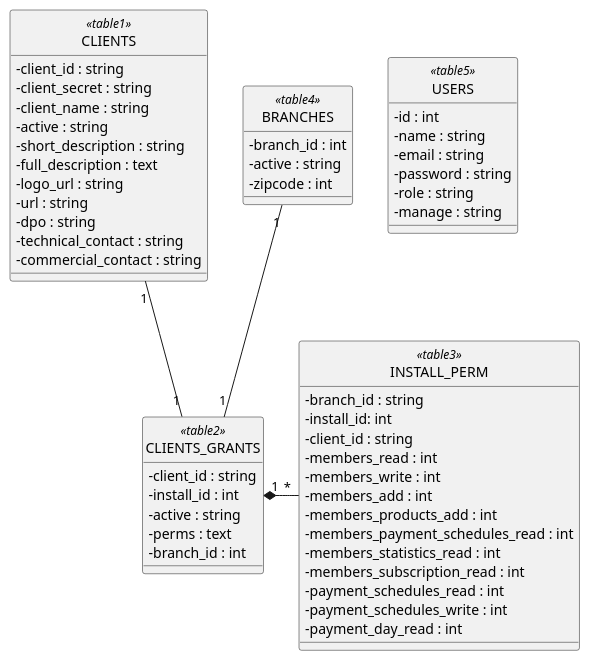
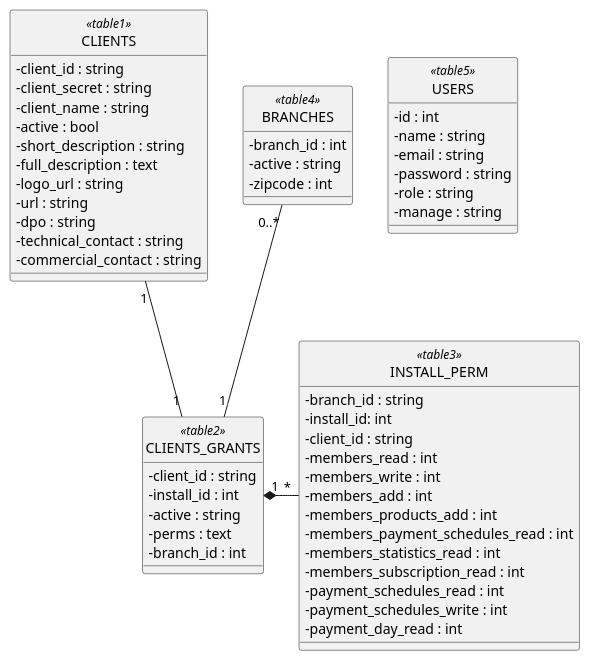
One commit to p3titbo3uf/ecf changed the diagram in UML.puml. Above: the diagram before and after it, drawn with PlantUML. The commit also changed 12 other files, not shown here.

Commit message:
- Clients and Branches entity created - Clients form developement started

```diff
--- a/UML.puml
+++ b/UML.puml
@@ -1,66 +1,66 @@
 @startuml test
 skinparam classAttributeIconSize 0
 class CLIENTS <<table1>> {
 -client_id : string
 -client_secret : string
 -client_name : string
--active : string
+-active : bool
 -short_description : string
 -full_description : text
 -logo_url : string
 -url : string
 -dpo : string
 -technical_contact : string
 -commercial_contact : string
 }
 class CLIENTS_GRANTS <<table2>> {
 -client_id : string
 -install_id : int
 -active : string
 -perms : text
 ' champ précédent au format json (concerne la gestion du planning des équipes,
 ' la vente des boissons, l'envoie de newsletter, promotion de la salle...)
 -branch_id : int
 }
 class INSTALL_PERM <<table3>> {
 -branch_id : string
 -install_id: int
 -client_id : string
 -members_read : int
 -members_write : int
 -members_add : int
 -members_products_add : int
 -members_payment_schedules_read : int
 -members_statistics_read : int
 -members_subscription_read : int
 -payment_schedules_read : int
 -payment_schedules_write : int
 -payment_day_read : int
 }
 class BRANCHES <<table4>> {
 -branch_id : int
 -active : string
 -zipcode : int
 }
 class USERS <<table5>> {
 -id : int
 -name : string
 -email : string
 -password : string
 -role : string 
 ' il y a 4 roles (tech_team de l'Orange bleue qui est notre client,
 ' partenaire, structure, personne lambda)
 -manage : string
 }
 
 CLIENTS_GRANTS "1" *- "*" INSTALL_PERM
 CLIENTS "1" -- "1" CLIENTS_GRANTS
-BRANCHES "1" -- "1" CLIENTS_GRANTS
+BRANCHES "0..*" -- "1" CLIENTS_GRANTS
 
 hide <<table1>> circle
 hide <<table2>> circle
 hide <<table3>> circle
 hide <<table4>> circle
 hide <<table5>> circle
 
 @enduml
```
